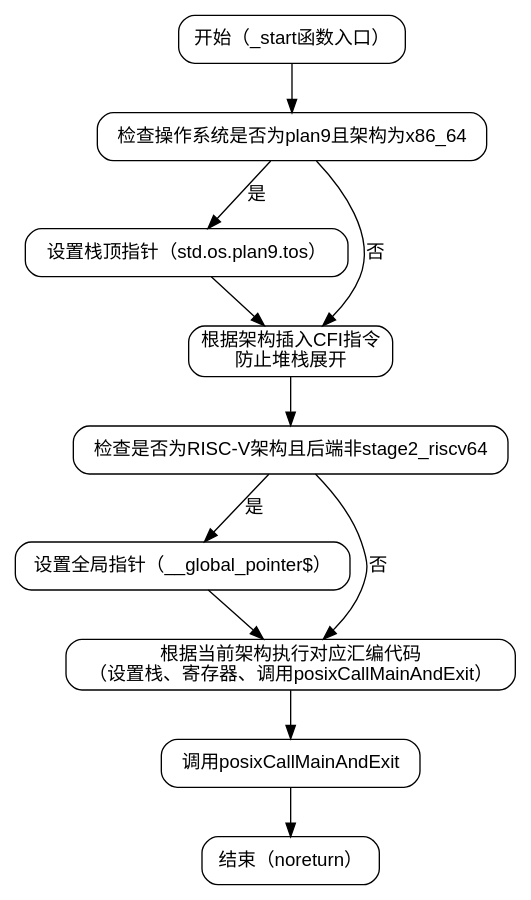
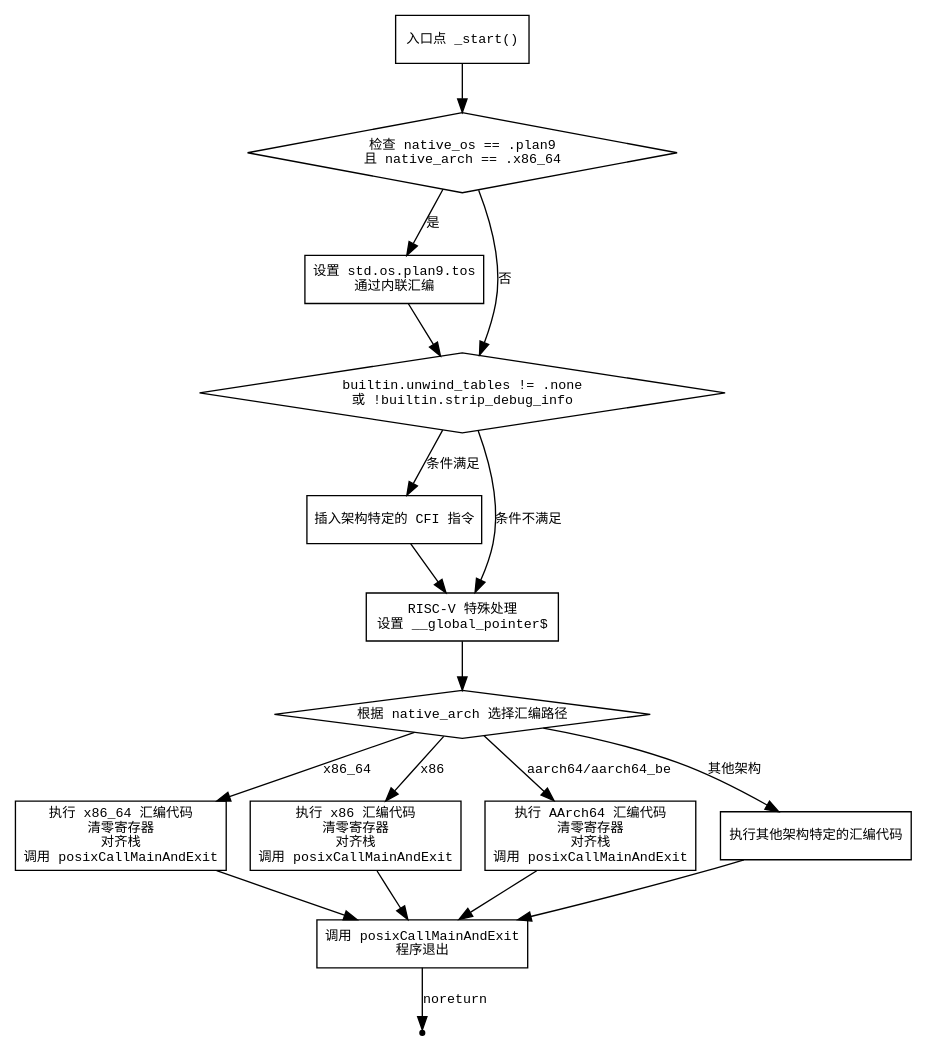
The diagram in dot_std/start.zig._start.md (sdzx-1/deepseek-zig-reader), drawn with Graphviz before and after one commit. The commit also changed other lines of this file and 236 other files, not shown here.

Commit message:
update dot_std

````diff
--- a/dot_std/start.zig._start.md
+++ b/dot_std/start.zig._start.md
@@ -23,30 +25,44 @@
-```dot
-digraph flowchart {
-    node [shape=rectangle, style="rounded", fontname="Helvetica"];
-    edge [fontname="Helvetica"];
-    rankdir=TB;
+```graphviz
+digraph _start_flow {
+    node [shape=rectangle, fontname="Courier", fontsize=10];
+    edge [fontname="Courier", fontsize=10];
 
-    start [label="开始（_start函数入口）"];
-    check_plan9_x86_64 [label="检查操作系统是否为plan9且架构为x86_64"];
-    set_tos [label="设置栈顶指针（std.os.plan9.tos）"];
-    handle_cfi [label="根据架构插入CFI指令\n防止堆栈展开"];
-    check_riscv_backend [label="检查是否为RISC-V架构且后端非stage2_riscv64"];
-    set_gp [label="设置全局指针（__global_pointer$）"];
-    arch_specific_asm [label="根据当前架构执行对应汇编代码\n（设置栈、寄存器、调用posixCallMainAndExit）"];
-    call_main [label="调用posixCallMainAndExit"];
-    end [label="结束（noreturn）"];
+    start [label="入口点 _start()"];
+    check_plan9_x86_64 [label="检查 native_os == .plan9\n且 native_arch == .x86_64", shape=diamond];
+    set_tos [label="设置 std.os.plan9.tos\n通过内联汇编"];
+    check_unwind_tables [label="builtin.unwind_tables != .none\n或 !builtin.strip_debug_info", shape=diamond];
+    insert_cfi [label="插入架构特定的 CFI 指令"];
+    riscv_special_case [label="RISC-V 特殊处理\n设置 __global_pointer$"];
+    arch_switch [label="根据 native_arch 选择汇编路径", shape=diamond];
+    x86_64_code [label="执行 x86_64 汇编代码\n清零寄存器\n对齐栈\n调用 posixCallMainAndExit"];
+    x86_code [label="执行 x86 汇编代码\n清零寄存器\n对齐栈\n调用 posixCallMainAndExit"];
+    aarch64_code [label="执行 AArch64 汇编代码\n清零寄存器\n对齐栈\n调用 posixCallMainAndExit"];
+    // 其他架构节点（此处简化为一个节点，实际需扩展）
+    other_arch_code [label="执行其他架构特定的汇编代码"];
+    call_posix [label="调用 posixCallMainAndExit\n程序退出"];
 
     start -> check_plan9_x86_64;
     check_plan9_x86_64 -> set_tos [label="是"];
-    check_plan9_x86_64 -> handle_cfi [label="否"];
-    set_tos -> handle_cfi;
+    check_plan9_x86_64 -> check_unwind_tables [label="否"];
+    set_tos -> check_unwind_tables;
 
-    handle_cfi -> check_riscv_backend;
-    check_riscv_backend -> set_gp [label="是"];
-    check_riscv_backend -> arch_specific_asm [label="否"];
-    set_gp -> arch_specific_asm;
+    check_unwind_tables -> insert_cfi [label="条件满足"];
+    check_unwind_tables -> riscv_special_case [label="条件不满足"];
 
-    arch_specific_asm -> call_main;
-    call_main -> end;
+    insert_cfi -> riscv_special_case;
+    riscv_special_case -> arch_switch;
+
+    arch_switch -> x86_64_code [label="x86_64"];
+    arch_switch -> x86_code [label="x86"];
+    arch_switch -> aarch64_code [label="aarch64/aarch64_be"];
+    arch_switch -> other_arch_code [label="其他架构"];
+    
+    x86_64_code -> call_posix;
+    x86_code -> call_posix;
+    aarch64_code -> call_posix;
+    other_arch_code -> call_posix;
+    
+    call_posix -> exit [label="noreturn"];
+    exit [shape=point];
 }
 ```
````
